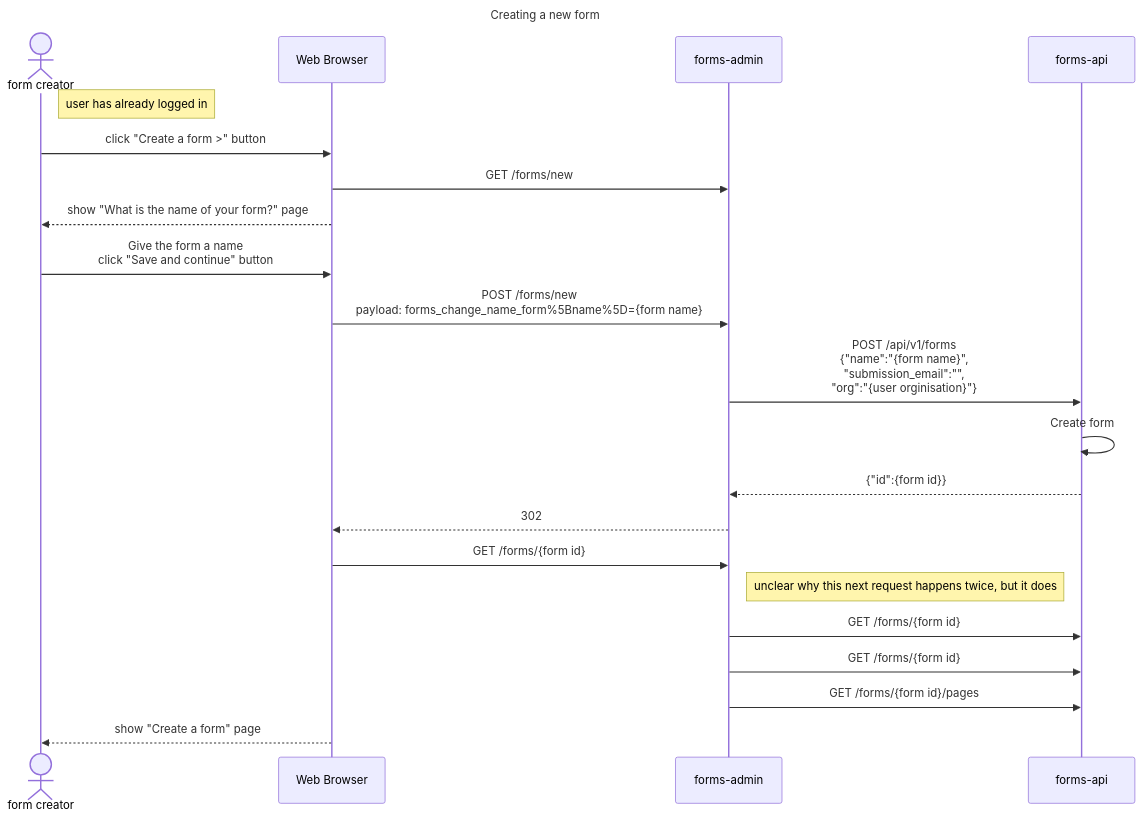
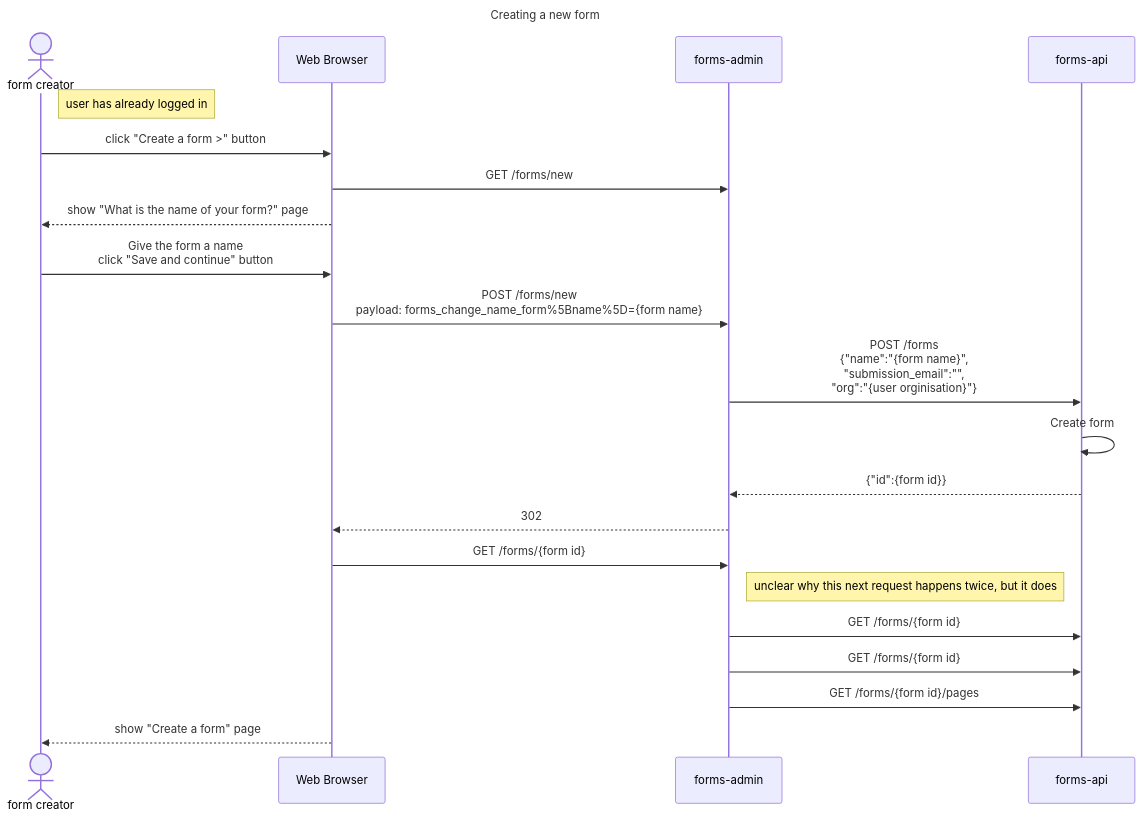
Before and after one commit to alphagov/forms: the first of 4 diagrams in diagrams/sequence-diagrams/creating-a-form.md, drawn with Mermaid. The commit also changed other lines of this file, not shown here.

Commit message:
confirmation code sequence

````diff
--- a/diagrams/sequence-diagrams/creating-a-form.md
+++ b/diagrams/sequence-diagrams/creating-a-form.md
@@ -3,28 +3,28 @@
 ```mermaid
 sequenceDiagram
   title Creating a new form
   actor user as form creator
   participant browser as Web Browser
   participant admin as forms-admin
   link admin: GitHub repo @ https://github.com/alphagov/forms-admin
   participant api as forms-api
   link api: GitHub repo @ https://github.com/alphagov/forms-api
 
   note right of user: user has already logged in
 
   user->>browser: click "Create a form >" button
   browser->>admin: GET /forms/new
   browser-->>user: show "What is the name of your form?" page
   user->>browser: Give the form a name<br />click "Save and continue" button
   browser->>admin: POST /forms/new<br />payload: forms_change_name_form%5Bname%5D={form name}
-  admin->>api: POST /api/v1/forms<br />{"name":"{form name}",<br />"submission_email":"",<br />"org":"{user orginisation}"}
+  admin->>api: POST /forms<br />{"name":"{form name}",<br />"submission_email":"",<br />"org":"{user orginisation}"}
   api->>api: Create form
   api-->>admin: {"id":{form id}}
   admin-->>browser: 302
   browser->>admin: GET /forms/{form id}
   Note right of admin: unclear why this next request happens twice, but it does
   admin->>api: GET /forms/{form id}
   admin->>api: GET /forms/{form id}
   admin->>api: GET /forms/{form id}/pages
   browser-->>user: show "Create a form" page
 ```
````
